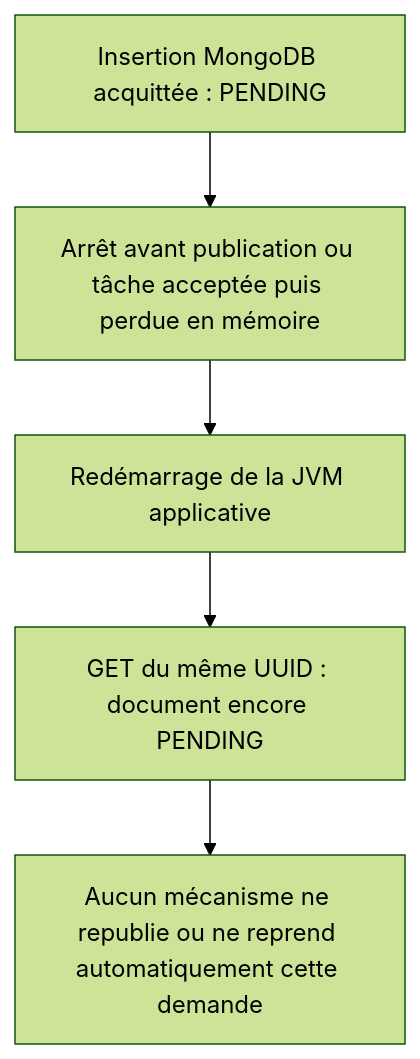
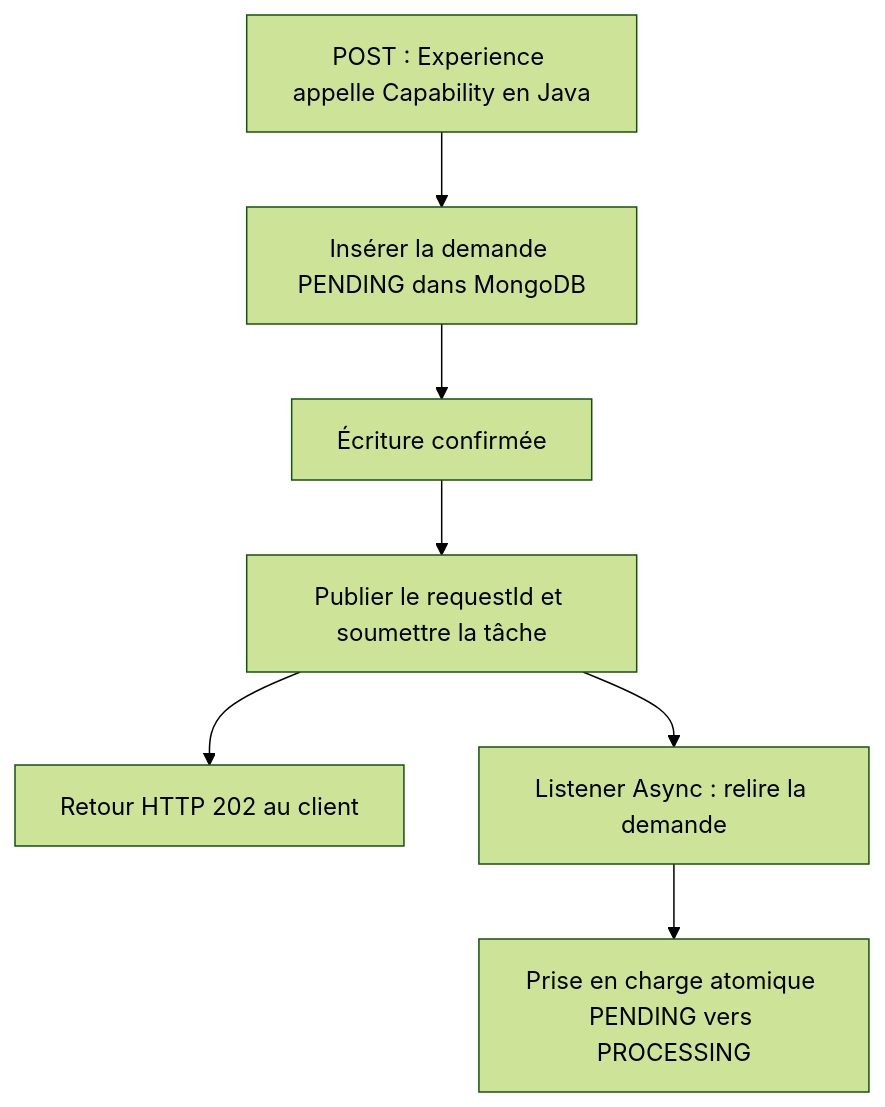
The diagram in notes/sprint-04/INT-13-dessiner-les-fenetres-de-panne.md (libileh91/conflux-lab), drawn with Mermaid (forest theme) before and after one commit. The commit also changed other lines of this file and 7 other files, not shown here.

````diff
--- a/notes/sprint-04/INT-13-dessiner-les-fenetres-de-panne.md
+++ b/notes/sprint-04/INT-13-dessiner-les-fenetres-de-panne.md
@@ -182,8 +25,10 @@
 ```mermaid
 flowchart TD
-    Insert[Insertion MongoDB acquittée : PENDING]
-    Insert --> Crash[Arrêt avant publication ou tâche acceptée puis perdue en mémoire]
-    Crash --> Restart[Redémarrage de la JVM applicative]
-    Restart --> Read[GET du même UUID : document encore PENDING]
-    Read --> Stuck[Aucun mécanisme ne republie ou ne reprend automatiquement cette demande]
+    A[POST : Experience appelle Capability en Java]
+    A --> B[Insérer la demande PENDING dans MongoDB]
+    B --> C[Écriture confirmée]
+    C --> D[Publier le requestId et soumettre la tâche]
+    D --> H[Retour HTTP 202 au client]
+    D --> W[Listener Async : relire la demande]
+    W --> P[Prise en charge atomique PENDING vers PROCESSING]
 ```
````
